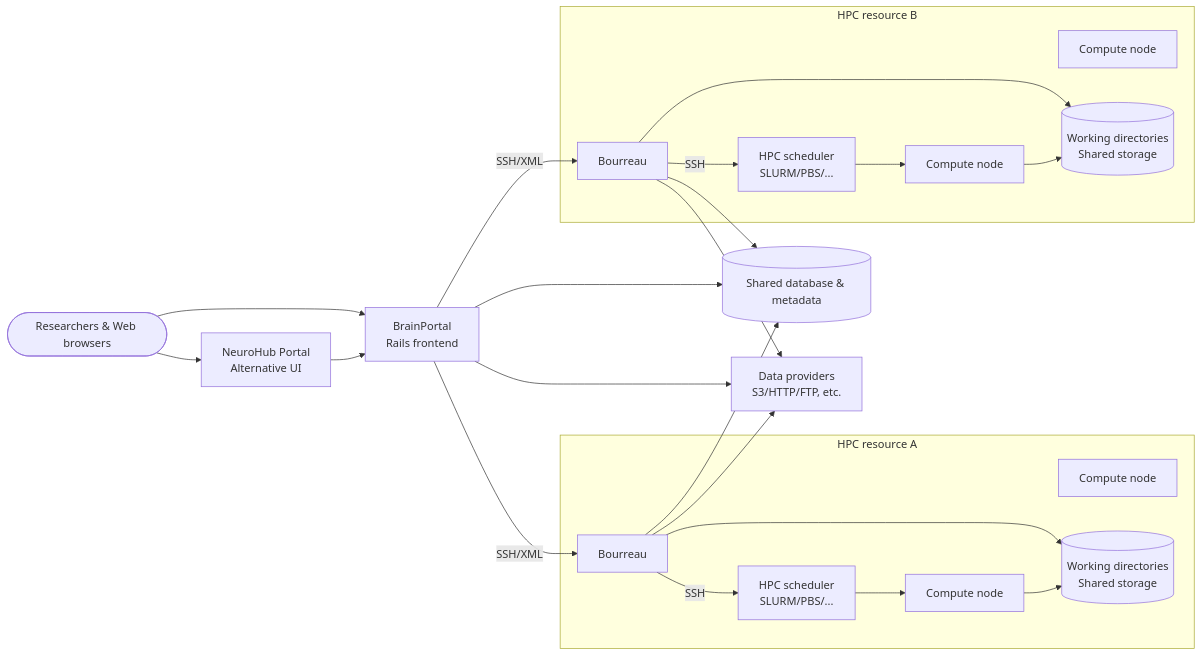
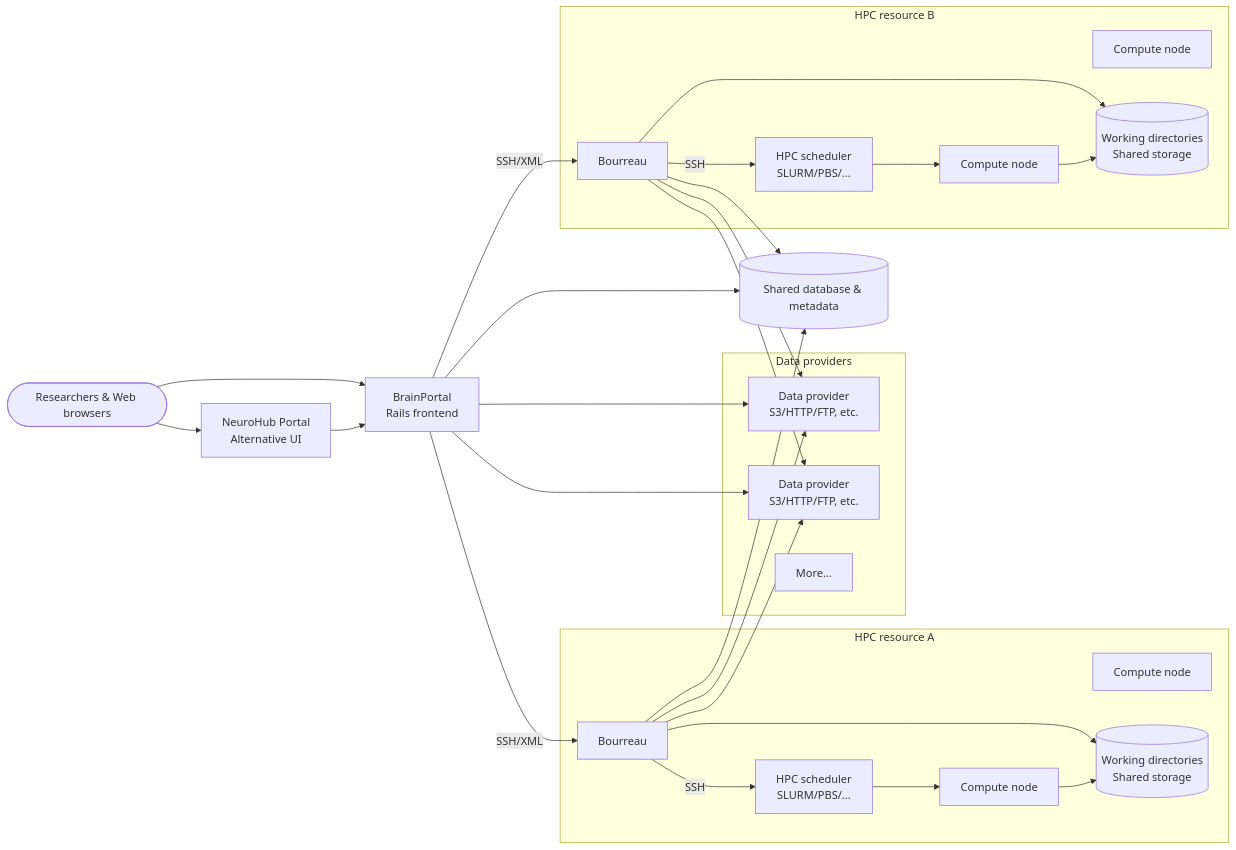
One commit to aces/cbrain changed the diagram in README.md. Above: the diagram before and after it, drawn with Mermaid. The commit also changed other lines of this file, not shown here.

Commit message:
Show multiple data providers in architecture diagram

````diff
--- a/README.md
+++ b/README.md
@@ -25,40 +25,47 @@
 ```mermaid
 flowchart LR
   Users([Researchers & Web browsers])
   NH[NeuroHub Portal<br/>Alternative UI]
   BP[BrainPortal<br/>Rails frontend]
   DB[(Shared database & metadata)]
-  DP[Data providers<br/>S3/HTTP/FTP, etc.]
+  subgraph DataProviders[Data providers]
+    DP1[Data provider<br/>S3/HTTP/FTP, etc.]
+    DP2[Data provider<br/>S3/HTTP/FTP, etc.]
+    DP3[More...]
+  end
   subgraph ResourceA[HPC resource A]
     BO1[Bourreau]
     Sched1[HPC scheduler<br/>SLURM/PBS/...]
     Compute1[Compute node]
     Compute2[Compute node]
     Scratch1[(Working directories<br/>Shared storage)]
   end
   subgraph ResourceB[HPC resource B]
     BO2[Bourreau]
     Sched2[HPC scheduler<br/>SLURM/PBS/...]
     Compute3[Compute node]
     Compute4[Compute node]
     Scratch2[(Working directories<br/>Shared storage)]
   end
 
   Users --> BP
   Users --> NH
   NH --> BP
   BP --> DB
-  BP --> DP
+  BP --> DP1
+  BP --> DP2
   BP -->|SSH/XML| BO1
   BP -->|SSH/XML| BO2
-  BO1 --> DP
-  BO2 --> DP
+  BO1 --> DP1
+  BO1 --> DP2
+  BO2 --> DP1
+  BO2 --> DP2
   BO1 --> DB
   BO2 --> DB
   BO1 -->|SSH| Sched1 --> Compute1
   BO2 -->|SSH| Sched2 --> Compute3
   BO1 --> Scratch1
   BO2 --> Scratch2
   Compute1 --> Scratch1
   Compute3 --> Scratch2
 ```
````
